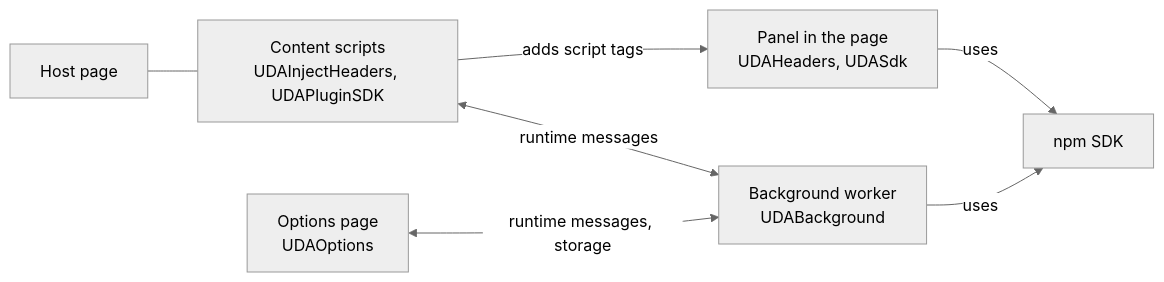
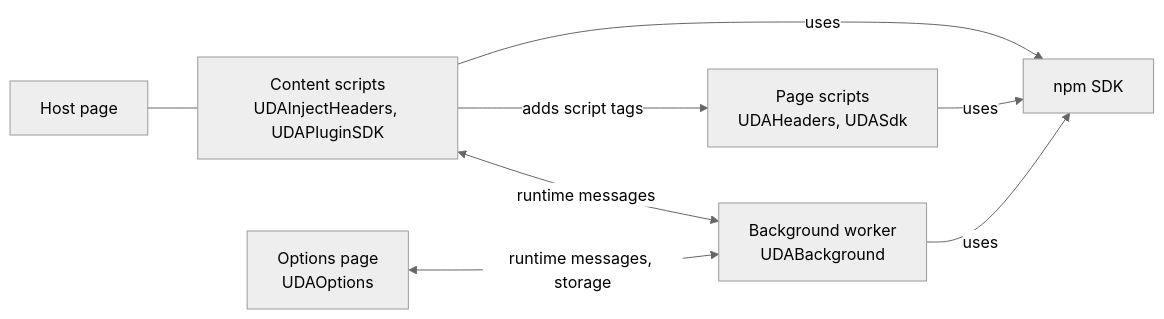
The diagram in docs/architecture/overview.md (Digital-Assistant/Digital_Assistant_Client), drawn with Mermaid (neutral theme) before and after one commit. The commit also changed other lines of this file and 3 other files, not shown here.

Commit message:
docs: fix review defects in ADR 0001, CONTRIBUTING and the architecture overview

````diff
--- a/docs/architecture/overview.md
+++ b/docs/architecture/overview.md
@@ -52,15 +53,16 @@
 ```mermaid
 flowchart LR
     Page["Host page"]
     CS["Content scripts<br/>UDAInjectHeaders, UDAPluginSDK"]
-    Panel["Panel in the page<br/>UDAHeaders, UDASdk"]
+    Panel["Page scripts<br/>UDAHeaders, UDASdk"]
     BG["Background worker<br/>UDABackground"]
     Opt["Options page<br/>UDAOptions"]
     SDK["npm SDK"]
     Page --- CS
     CS -->|adds script tags| Panel
     CS <-->|runtime messages| BG
     Opt <-->|runtime messages, storage| BG
+    CS -->|uses| SDK
     Panel -->|uses| SDK
     BG -->|uses| SDK
 ```
````
